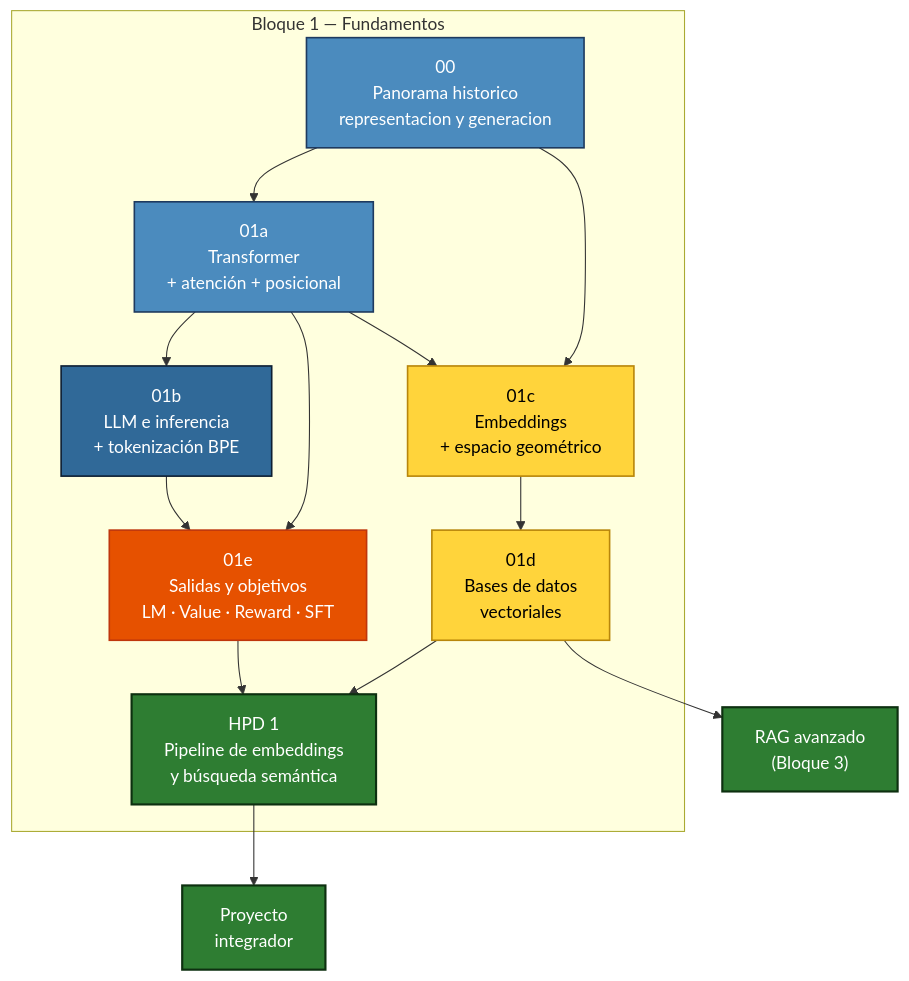
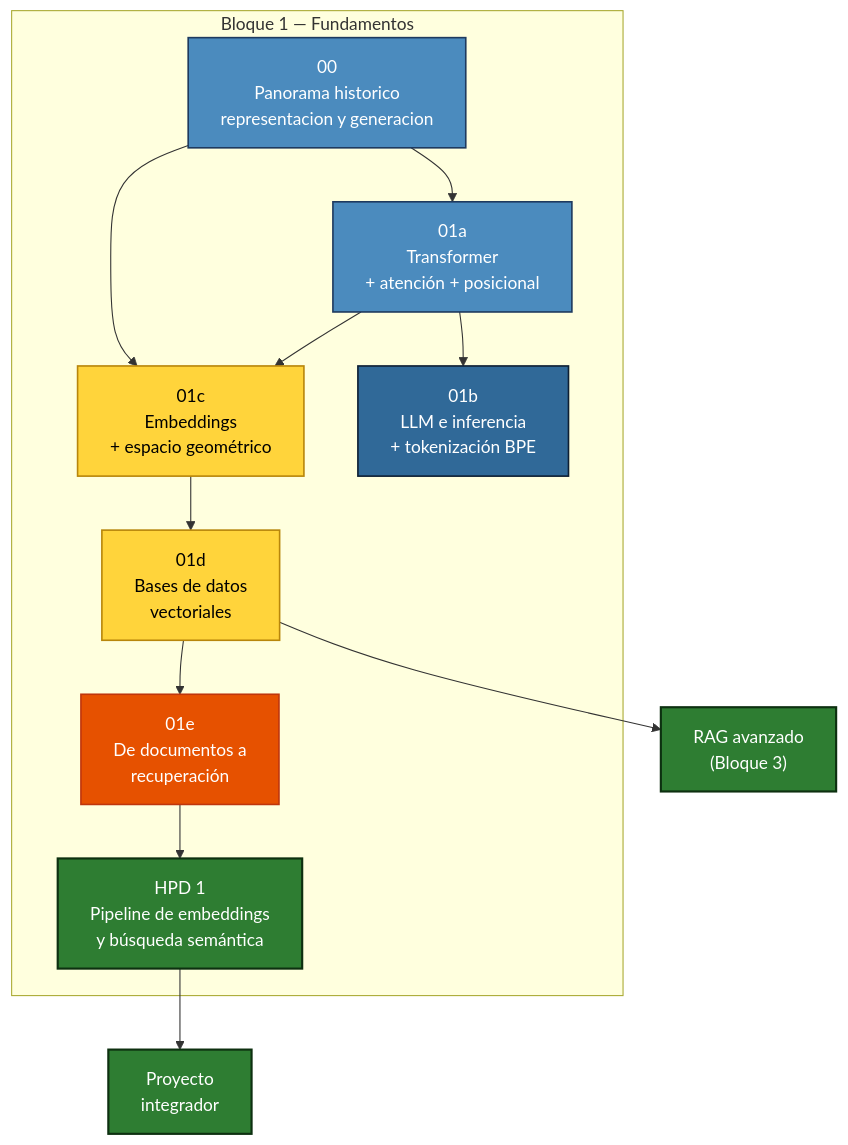
The first of 2 diagrams in bloque1/01-fundamentos.qmd (Adamychen/m10_quarto), drawn with Mermaid before and after one commit. The commit also changed other lines of this file and 17 other files, not shown here.

First line of the commit message:
feat(bloque1): nueva página de recuperación y rework de HPD 1

````diff
--- a/bloque1/01-fundamentos.qmd
+++ b/bloque1/01-fundamentos.qmd
@@ -49,22 +49,20 @@
 ```{mermaid}
 flowchart TD
     subgraph "Bloque 1 — Fundamentos"
         P0[00<br/>Panorama historico<br/>representacion y generacion]:::input --> A
         P0 --> C
         A[01a<br/>Transformer<br/>+ atención + posicional]:::input --> B[01b<br/>LLM e inferencia<br/>+ tokenización BPE]:::proc
         A --> C[01c<br/>Embeddings<br/>+ espacio geométrico]:::doc
-        A --> E2[01e<br/>Salidas y objetivos<br/>LM · Value · Reward · SFT]:::obs
-        B --> E2
         C --> D[01d<br/>Bases de datos<br/>vectoriales]:::doc
-        D --> F["HPD 1<br/>Pipeline de embeddings<br/>y búsqueda semántica"]:::out
-        E2 --> F
+        D --> E2[01e<br/>De documentos a<br/>recuperación]:::obs
+        E2 --> F["HPD 1<br/>Pipeline de embeddings<br/>y búsqueda semántica"]:::out
     end
     D --> G["RAG avanzado<br/>(Bloque 3)"]:::out
     F --> H["Proyecto<br/>integrador"]:::out
 
     classDef input fill:#4B8BBE,stroke:#1e3a5f,color:#fff,stroke-width:1.5px
     classDef proc  fill:#306998,stroke:#0d1f33,color:#fff,stroke-width:1.5px
     classDef doc   fill:#FFD43B,stroke:#b8860b,color:#000,stroke-width:1.5px
     classDef obs   fill:#e65100,stroke:#bf360c,color:#fff,stroke-width:1.5px
     classDef out   fill:#2e7d32,stroke:#0d3010,color:#fff,stroke-width:2px
 ```
````
